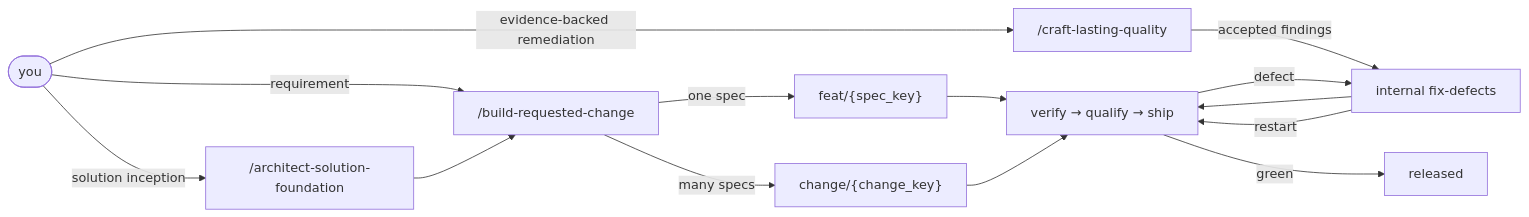
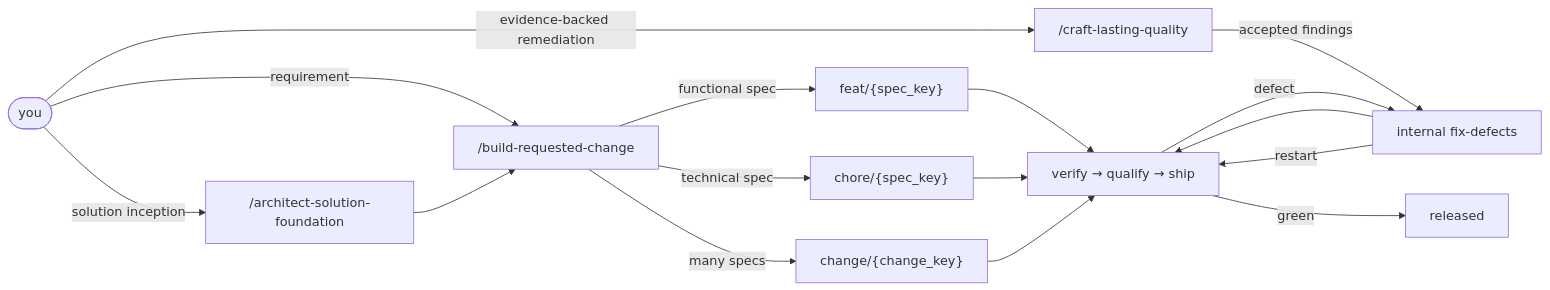
One commit to AIDDbot/AIDDbot changed the diagram in docs/AIDD.workflow.md. Above: the diagram before and after it, drawn with Mermaid. The commit also changed other lines of this file and 42 other files, not shown here.

````diff
--- a/docs/AIDD.workflow.md
+++ b/docs/AIDD.workflow.md
@@ -27,16 +27,18 @@
 ```mermaid
 flowchart LR
   YOU([you]) -->|solution inception| ESTABLISH["/architect-solution-foundation"]
   YOU -->|requirement| DELIVER["/build-requested-change"]
   YOU -->|evidence-backed remediation| IMPROVE["/craft-lasting-quality"]
   ESTABLISH --> DELIVER
   IMPROVE -->|accepted findings| FIX["fix/{fix_key}"]
-  DELIVER -->|one spec| FEAT["feat/{spec_key}"]
+  DELIVER -->|functional spec| FEAT["feat/{spec_key}"]
+  DELIVER -->|technical spec| CHORE["chore/{spec_key}"]
   DELIVER -->|many specs| CHANGE["change/{change_key}"]
   FEAT --> REVIEW["verify → qualify → ship"]
+  CHORE --> REVIEW
   CHANGE --> REVIEW
   FIX --> REVIEW
   REVIEW -->|defect| FIX["internal fix-defects"]
   FIX -->|restart| REVIEW
   REVIEW -->|green| RELEASED[released]
 ```
````
